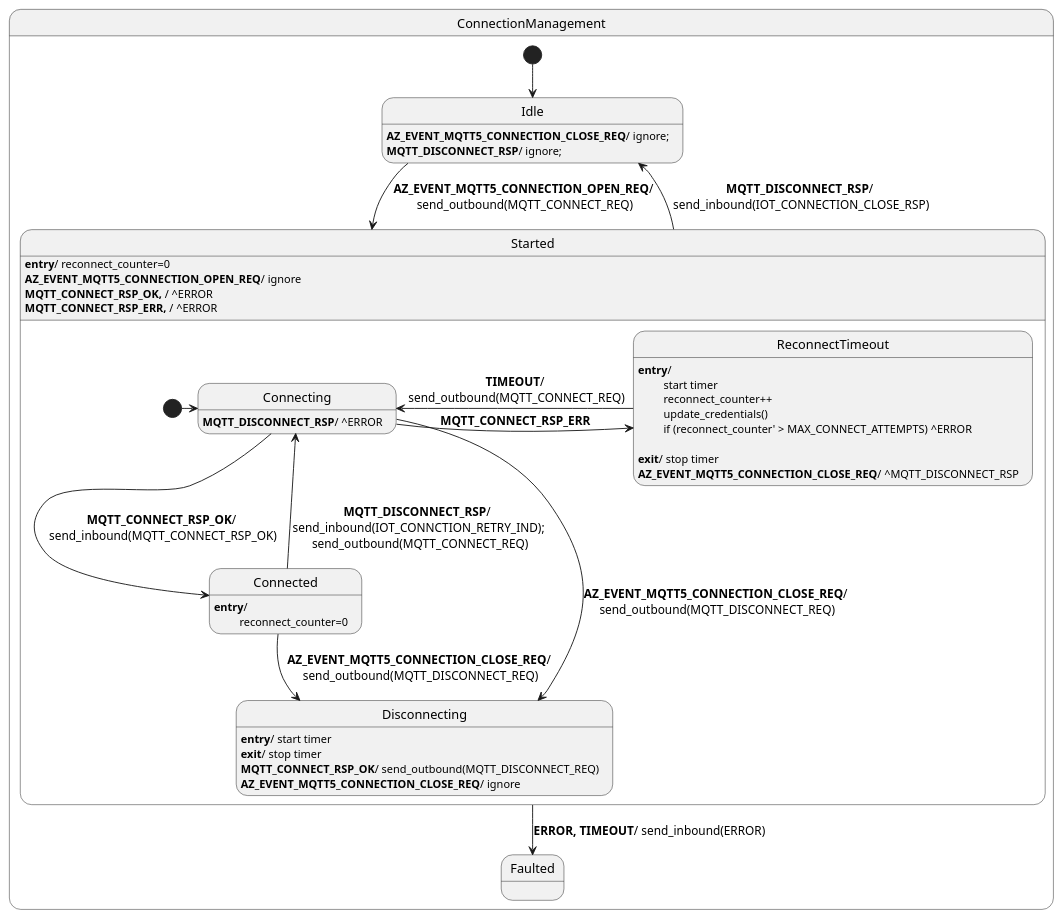
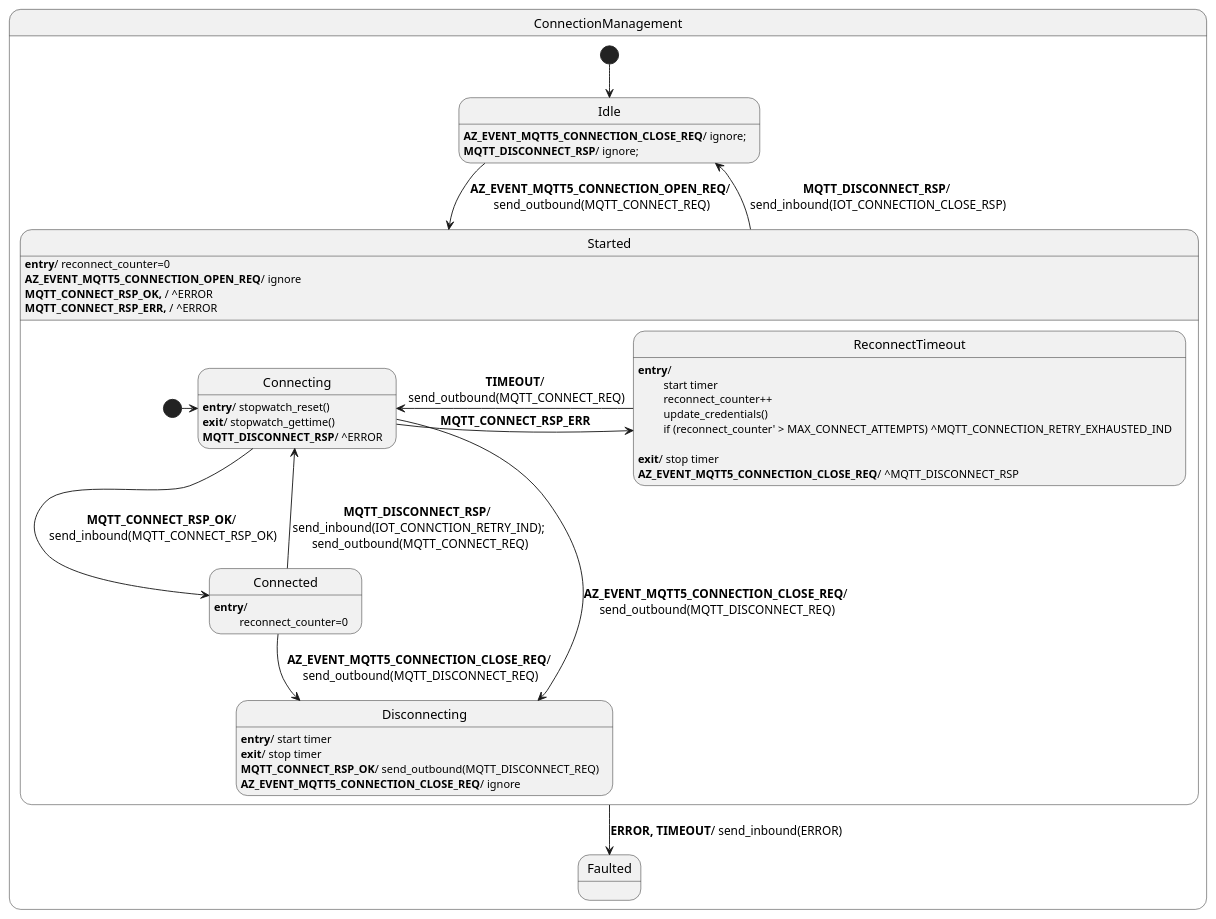
Before and after one commit to Azure/azure-sdk-for-c: the diagram in sdk/docs/core/resources/mqtt_connection.puml, drawn with PlantUML. The commit also changed 7 other files, not shown here.

```diff
--- a/sdk/docs/core/resources/mqtt_connection.puml
+++ b/sdk/docs/core/resources/mqtt_connection.puml
@@ -1,58 +1,60 @@
 @startuml Connection_HFSM
 
 ' Assumptions:
 ' 0. Unknown events are forwarded (in their original direction, either inbound or outbound).
 ' 1. MQTT_CONNECT_REQ is guaranteed to respond with either MQTT_CONNECT_RSP_OK or MQTT_CONNECT_RSP_ERR.
 ' 2. ^EVENT is a shortcut to execute the transition associated with EVENT from the current state (no actual event is sent out).
 ' 3. send_inbound, send_outbound are used to send information to the app and network respectively.
 
 state ConnectionManagement {
     state Idle
     Idle : <b>AZ_EVENT_MQTT5_CONNECTION_CLOSE_REQ</b>/ ignore;
     Idle : <b>MQTT_DISCONNECT_RSP</b>/ ignore;
 
     state Faulted
 
     state Started {
         state Connecting
+        Connecting : <b>entry</b>/ stopwatch_reset()
+        Connecting : <b>exit</b>/ stopwatch_gettime()
         Connecting : <b>MQTT_DISCONNECT_RSP</b>/ ^ERROR
 
         state Connected
         Connected : <b>entry</b>/ 
         Connected : \t reconnect_counter=0
 
         state ReconnectTimeout
         ReconnectTimeout : <b>entry</b>/ 
         ReconnectTimeout : \t start timer
         ReconnectTimeout : \t reconnect_counter++
         ReconnectTimeout : \t update_credentials()
-        ReconnectTimeout : \t if (reconnect_counter' > MAX_CONNECT_ATTEMPTS) ^ERROR
+        ReconnectTimeout : \t if (reconnect_counter' > MAX_CONNECT_ATTEMPTS) ^MQTT_CONNECTION_RETRY_EXHAUSTED_IND
         ReconnectTimeout : \t 
         ReconnectTimeout : <b>exit</b>/ stop timer
         ReconnectTimeout : <b>AZ_EVENT_MQTT5_CONNECTION_CLOSE_REQ</b>/ ^MQTT_DISCONNECT_RSP
 
         state Disconnecting
         Disconnecting : <b>entry</b>/ start timer 
         Disconnecting : <b>exit</b>/ stop timer
         Disconnecting : <b>MQTT_CONNECT_RSP_OK</b>/ send_outbound(MQTT_DISCONNECT_REQ)
         Disconnecting : <b>AZ_EVENT_MQTT5_CONNECTION_CLOSE_REQ</b>/ ignore
 
         [*] -> Connecting
         Connecting --> Connected : <b>MQTT_CONNECT_RSP_OK</b>/\n send_inbound(MQTT_CONNECT_RSP_OK)
         Connecting -> ReconnectTimeout : <b>MQTT_CONNECT_RSP_ERR</b>
         Connecting --> Disconnecting : <b>AZ_EVENT_MQTT5_CONNECTION_CLOSE_REQ</b>/\n send_outbound(MQTT_DISCONNECT_REQ)
         Connected --> Disconnecting : <b>AZ_EVENT_MQTT5_CONNECTION_CLOSE_REQ</b>/\n send_outbound(MQTT_DISCONNECT_REQ)
         Connected --> Connecting : <b>MQTT_DISCONNECT_RSP</b>/ \nsend_inbound(IOT_CONNCTION_RETRY_IND);\n send_outbound(MQTT_CONNECT_REQ)
         ReconnectTimeout -> Connecting : <b>TIMEOUT</b>/\n send_outbound(MQTT_CONNECT_REQ)
     }
     Started : <b>entry</b>/ reconnect_counter=0
     Started : <b>AZ_EVENT_MQTT5_CONNECTION_OPEN_REQ</b>/ ignore
     Started : <b>MQTT_CONNECT_RSP_OK, </b>/ ^ERROR
     Started : <b>MQTT_CONNECT_RSP_ERR, </b>/ ^ERROR
 
     [*] --> Idle
     Idle -> Started : <b>AZ_EVENT_MQTT5_CONNECTION_OPEN_REQ</b>/\n send_outbound(MQTT_CONNECT_REQ)
     Started --> Idle : <b>MQTT_DISCONNECT_RSP</b>/\n send_inbound(IOT_CONNECTION_CLOSE_RSP)
     Started --> Faulted: <b>ERROR, TIMEOUT</b>/ send_inbound(ERROR)
 }
 @enduml
```
